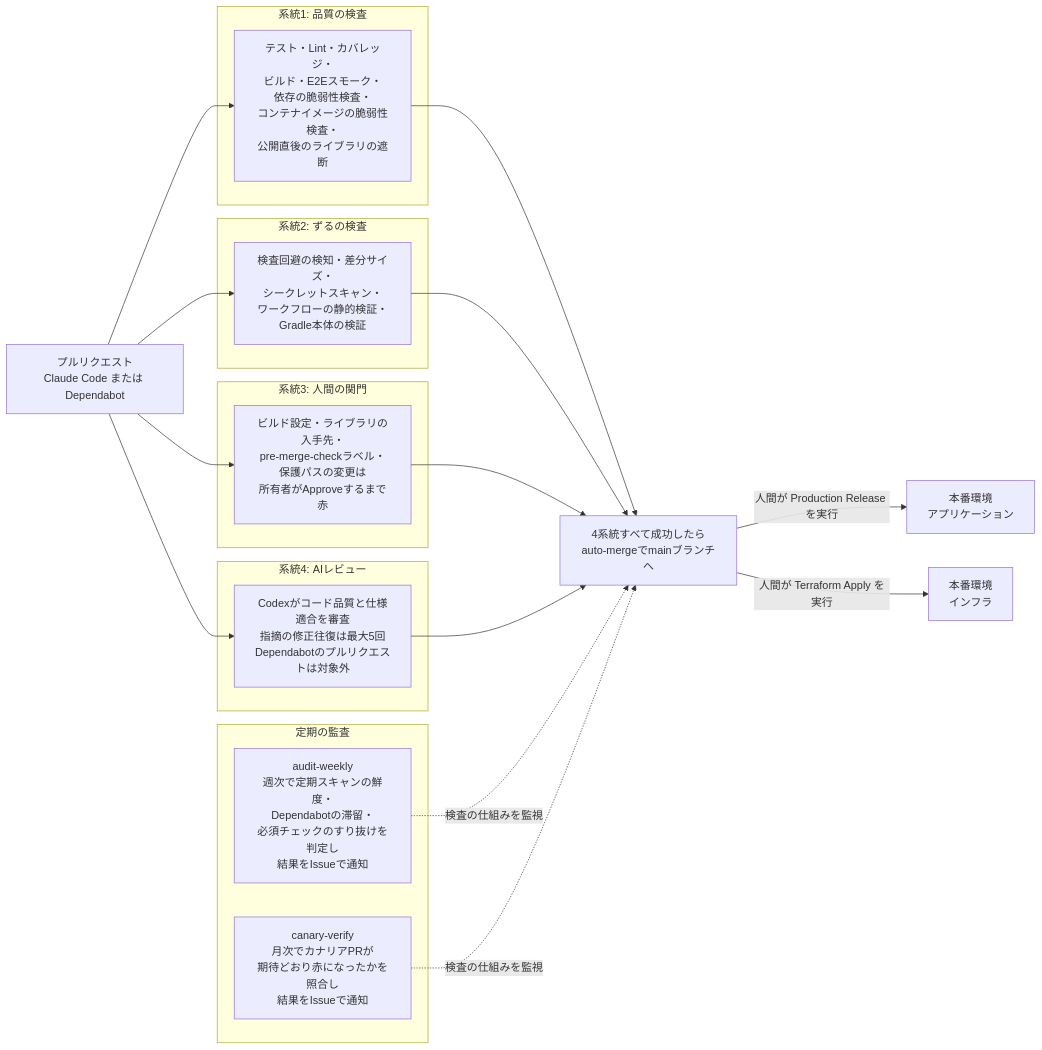
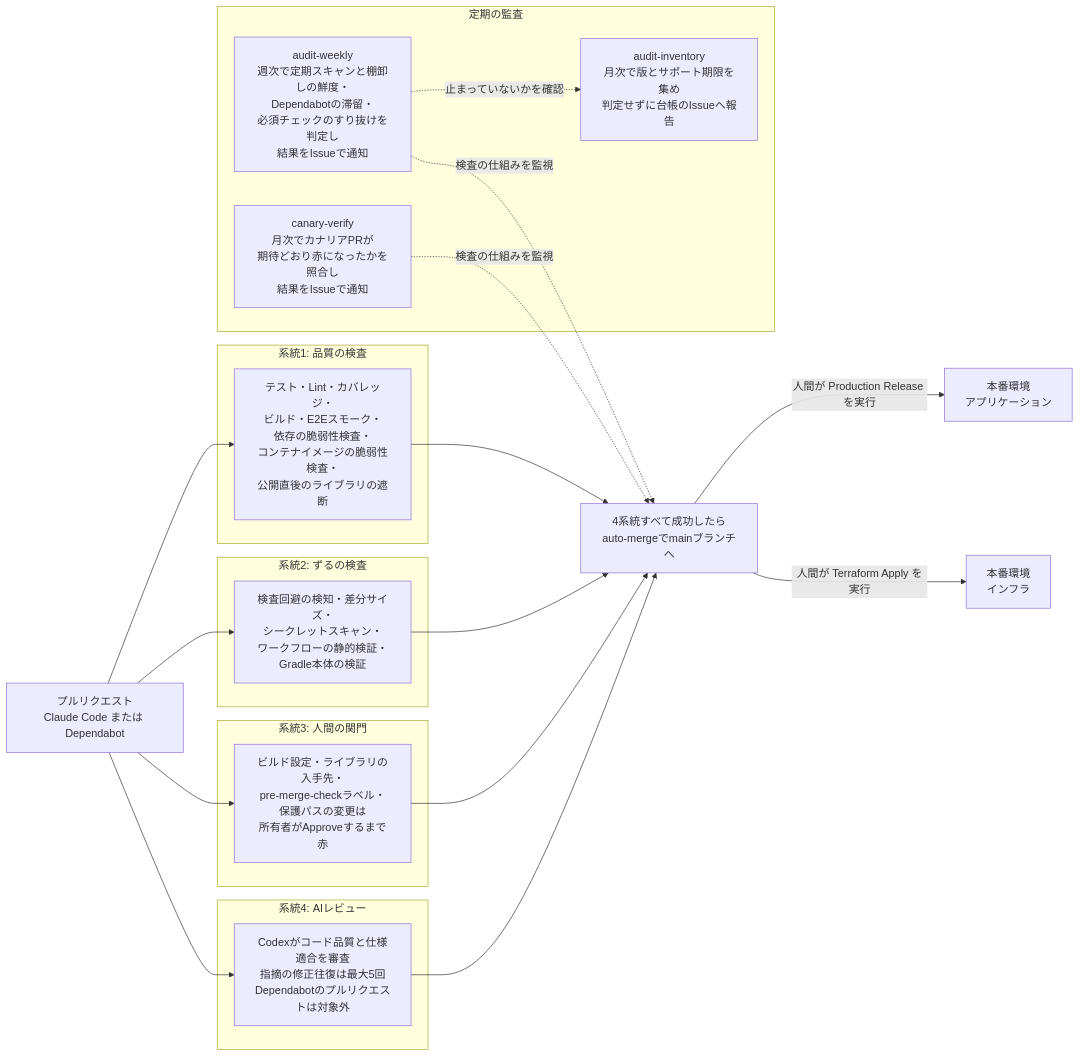
Before and after one commit to DogisRiki/KeirekiPro: the first of 2 diagrams in README.md, drawn with Mermaid. The commit also changed other lines of this file and 39 other files, not shown here.

````diff
--- a/README.md
+++ b/README.md
@@ -53,34 +53,36 @@
 ```mermaid
 flowchart LR
     PR[プルリクエスト<br>Claude Code または Dependabot]
 
     subgraph s1[系統1: 品質の検査]
         Q[テスト・Lint・カバレッジ・<br>ビルド・E2Eスモーク・<br>依存の脆弱性検査・<br>コンテナイメージの脆弱性検査・<br>公開直後のライブラリの遮断]
     end
     subgraph s2[系統2: ずるの検査]
         Z[検査回避の検知・差分サイズ・<br>シークレットスキャン・<br>ワークフローの静的検証・<br>Gradle本体の検証]
     end
     subgraph s3[系統3: 人間の関門]
         H[ビルド設定・ライブラリの入手先・<br>pre-merge-checkラベル・保護パスの変更は<br>所有者がApproveするまで赤]
     end
     subgraph s4[系統4: AIレビュー]
         A[Codexがコード品質と仕様適合を審査<br>指摘の修正往復は最大5回<br>Dependabotのプルリクエストは対象外]
     end
 
     PR --> Q
     PR --> Z
     PR --> H
     PR --> A
 
     Q & Z & H & A --> M[4系統すべて成功したら<br>auto-mergeでmainブランチへ]
 
     M -->|人間が Production Release を実行| App[本番環境<br>アプリケーション]
     M -->|人間が Terraform Apply を実行| Infra[本番環境<br>インフラ]
 
     subgraph s5[定期の監査]
-        AW[audit-weekly<br>週次で定期スキャンの鮮度・<br>Dependabotの滞留・<br>必須チェックのすり抜けを判定し<br>結果をIssueで通知]
+        AW[audit-weekly<br>週次で定期スキャンと棚卸しの鮮度・<br>Dependabotの滞留・<br>必須チェックのすり抜けを判定し<br>結果をIssueで通知]
         CV[canary-verify<br>月次でカナリアPRが<br>期待どおり赤になったかを照合し<br>結果をIssueで通知]
+        AI[audit-inventory<br>月次で版とサポート期限を集め<br>判定せずに台帳のIssueへ報告]
     end
 
     AW & CV -.検査の仕組みを監視.-> M
+    AW -.止まっていないかを確認.-> AI
 ```
````
